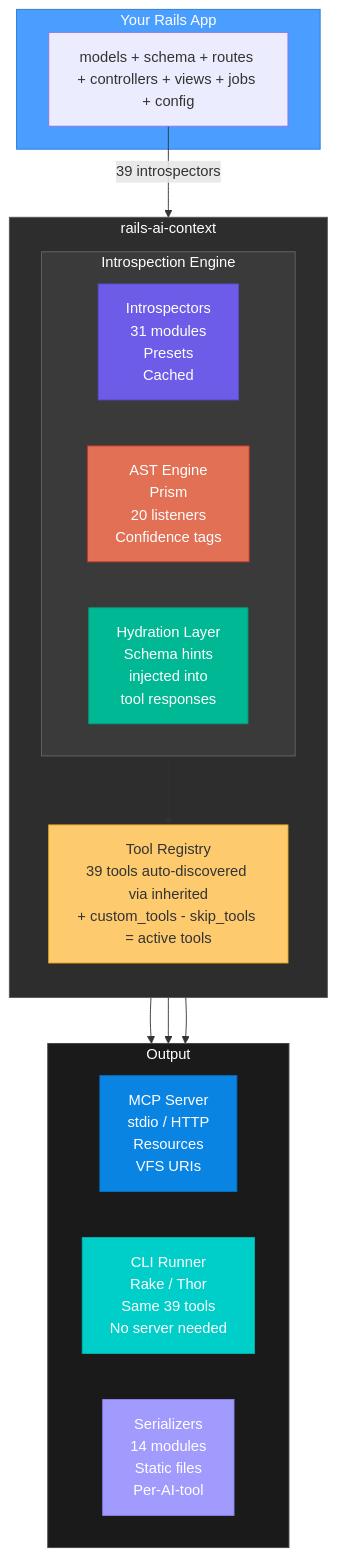
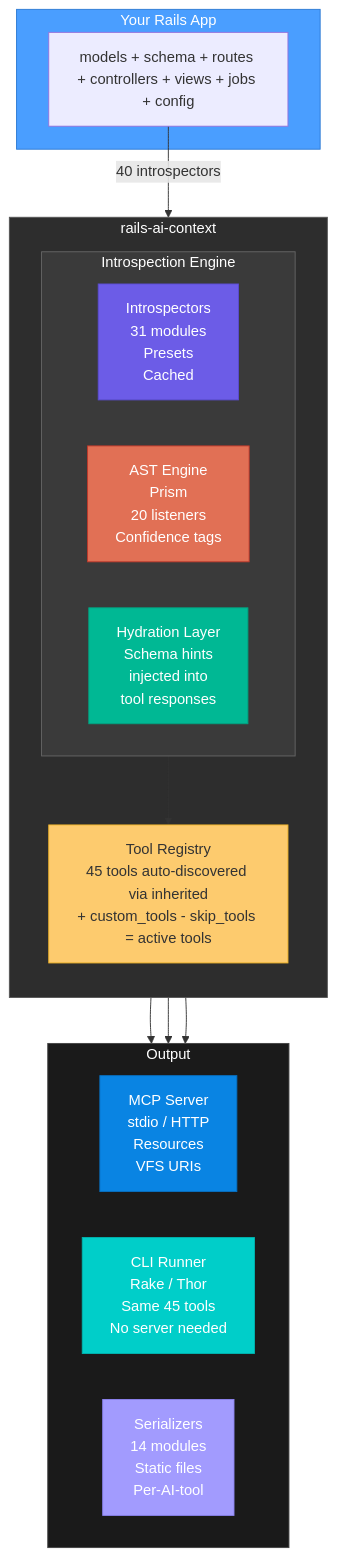
Before and after one commit to crisnahine/rails-ai-context: the first of 3 diagrams in docs/ARCHITECTURE.md, drawn with Mermaid. The commit also changed other lines of this file and 20 other files, not shown here.

First line of the commit message:
docs: 45 tools / 40 introspectors coherence pass

````diff
--- a/docs/ARCHITECTURE.md
+++ b/docs/ARCHITECTURE.md
@@ -15,44 +15,44 @@
 ```mermaid
 graph TD
     subgraph app["Your Rails App"]
         A["models + schema + routes + controllers + views + jobs + config"]
     end
 
-    A -->|"39 introspectors"| gem
+    A -->|"40 introspectors"| gem
 
     subgraph gem["rails-ai-context"]
         direction TB
 
         subgraph engine["Introspection Engine"]
             direction LR
             I["Introspectors\n31 modules\nPresets\nCached"]
             AST["AST Engine\nPrism\n20 listeners\nConfidence tags"]
             H["Hydration Layer\nSchema hints\ninjected into\ntool responses"]
         end
 
-        engine --> R["Tool Registry\n39 tools auto-discovered via inherited\n+ custom_tools - skip_tools = active tools"]
+        engine --> R["Tool Registry\n45 tools auto-discovered via inherited\n+ custom_tools - skip_tools = active tools"]
     end
 
     R --> MCP
     R --> CLI
     R --> S
 
     subgraph outputs["Output"]
         direction LR
         MCP["MCP Server\nstdio / HTTP\nResources\nVFS URIs"]
-        CLI["CLI Runner\nRake / Thor\nSame 39 tools\nNo server needed"]
+        CLI["CLI Runner\nRake / Thor\nSame 45 tools\nNo server needed"]
         S["Serializers\n14 modules\nStatic files\nPer-AI-tool"]
     end
 
     style app fill:#4a9eff,stroke:#2d7ad4,color:#fff
     style gem fill:#2d2d2d,stroke:#555,color:#fff
     style engine fill:#3a3a3a,stroke:#666,color:#fff
     style outputs fill:#1a1a1a,stroke:#444,color:#fff
     style I fill:#6c5ce7,stroke:#5a4bd1,color:#fff
     style AST fill:#e17055,stroke:#c0392b,color:#fff
     style H fill:#00b894,stroke:#00a381,color:#fff
     style R fill:#fdcb6e,stroke:#f0b429,color:#333
     style MCP fill:#0984e3,stroke:#0770c2,color:#fff
     style CLI fill:#00cec9,stroke:#00b5b0,color:#fff
     style S fill:#a29bfe,stroke:#8c83f0,color:#fff
 ```
````
